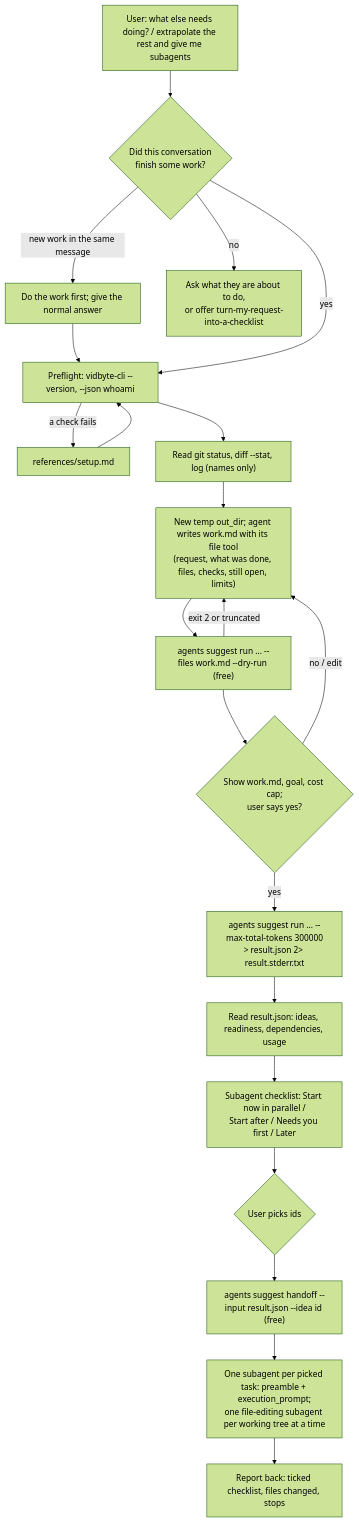
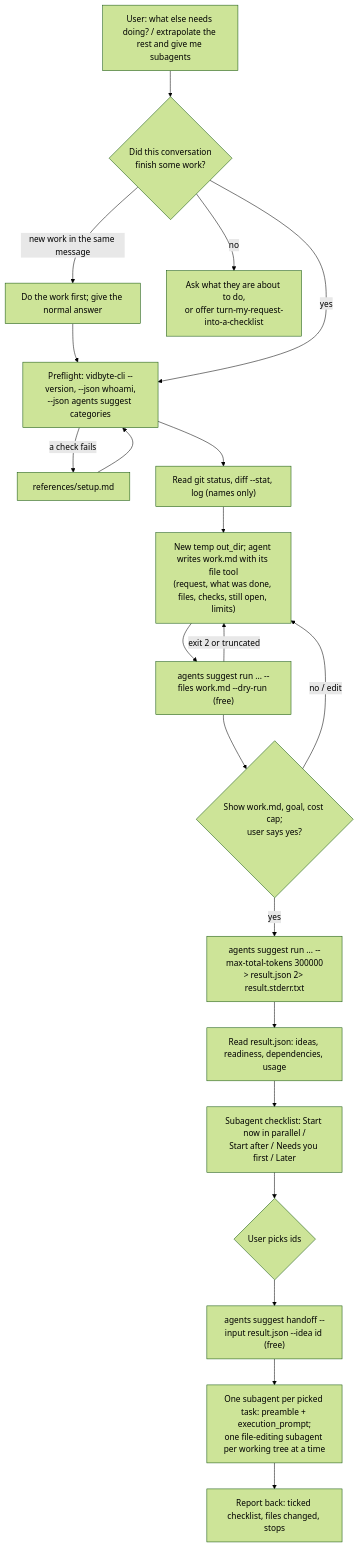
One commit to cerredz/vidbyte-cli changed the diagram in docs/design/what-else-needs-doing.md. Above: the diagram before and after it, drawn with Mermaid (forest theme). The commit also changed other lines of this file and 3 other files, not shown here.

````diff
--- a/docs/design/what-else-needs-doing.md
+++ b/docs/design/what-else-needs-doing.md
@@ -25,21 +25,21 @@
 ```mermaid
 flowchart TD
     A["User: what else needs doing? / extrapolate the rest and give me subagents"] --> W{"Did this conversation<br/>finish some work?"}
     W -->|"new work in the same message"| D["Do the work first; give the normal answer"] --> B
     W -->|no| X["Ask what they are about to do,<br/>or offer turn-my-request-into-a-checklist"]
-    W -->|yes| B["Preflight: vidbyte-cli --version, --json whoami"]
+    W -->|yes| B["Preflight: vidbyte-cli --version, --json whoami,<br/>--json agents suggest categories"]
     B -->|a check fails| S["references/setup.md"] --> B
     B --> G["Read git status, diff --stat, log (names only)"]
     G --> M["New temp out_dir; agent writes work.md with its file tool<br/>(request, what was done, files, checks, still open, limits)"]
     M --> R["agents suggest run ... --files work.md --dry-run (free)"]
     R -->|exit 2 or truncated| M
     R --> C{"Show work.md, goal, cost cap;<br/>user says yes?"}
     C -->|no / edit| M
     C -->|yes| P["agents suggest run ... --max-total-tokens 300000<br/>> result.json 2> result.stderr.txt"]
     P --> Q["Read result.json: ideas, readiness, dependencies, usage"]
     Q --> K["Subagent checklist: Start now in parallel /<br/>Start after / Needs you first / Later"]
     K --> U{"User picks ids"}
     U --> H["agents suggest handoff --input result.json --idea id (free)"]
     H --> SA["One subagent per picked task: preamble + execution_prompt;<br/>one file-editing subagent per working tree at a time"]
     SA --> F["Report back: ticked checklist, files changed, stops"]
 ```
````
